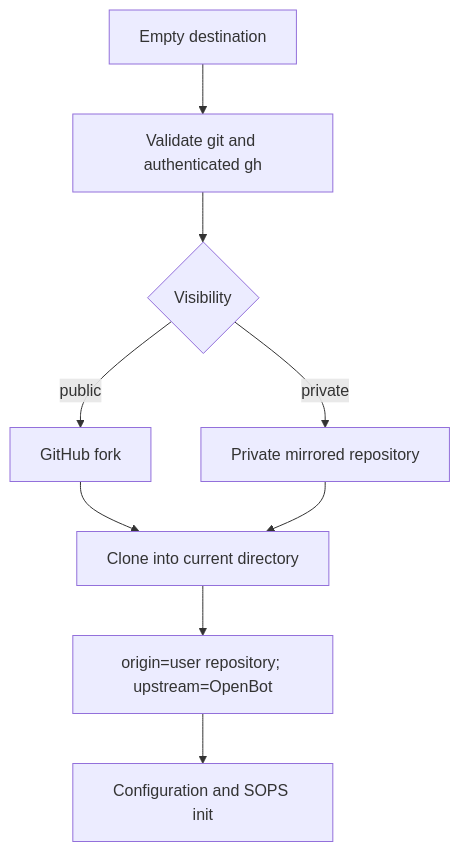
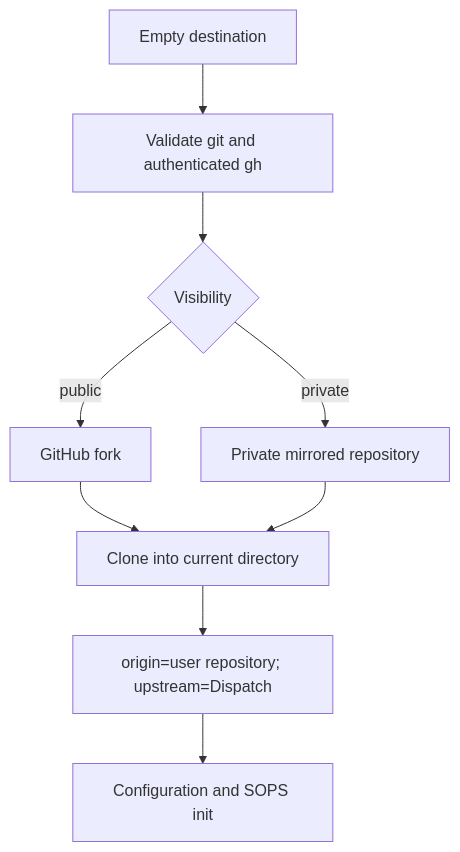
The first of 2 diagrams in docs/adrs/0013-repository-bootstrap-and-fork-updates.md (trytilde/dispatch), drawn with Mermaid before and after one commit. The commit also changed other lines of this file and 668 other files, not shown here.

````diff
--- a/docs/adrs/0013-repository-bootstrap-and-fork-updates.md
+++ b/docs/adrs/0013-repository-bootstrap-and-fork-updates.md
@@ -36,11 +36,11 @@
 ```mermaid
 flowchart TD
   E["Empty destination"] --> G["Validate git and authenticated gh"]
   G --> V{"Visibility"}
   V -->|"public"| F["GitHub fork"]
   V -->|"private"| M["Private mirrored repository"]
   F --> C["Clone into current directory"]
   M --> C
-  C --> U["origin=user repository; upstream=OpenBot"]
+  C --> U["origin=user repository; upstream=Dispatch"]
   U --> I["Configuration and SOPS init"]
 ```
````
